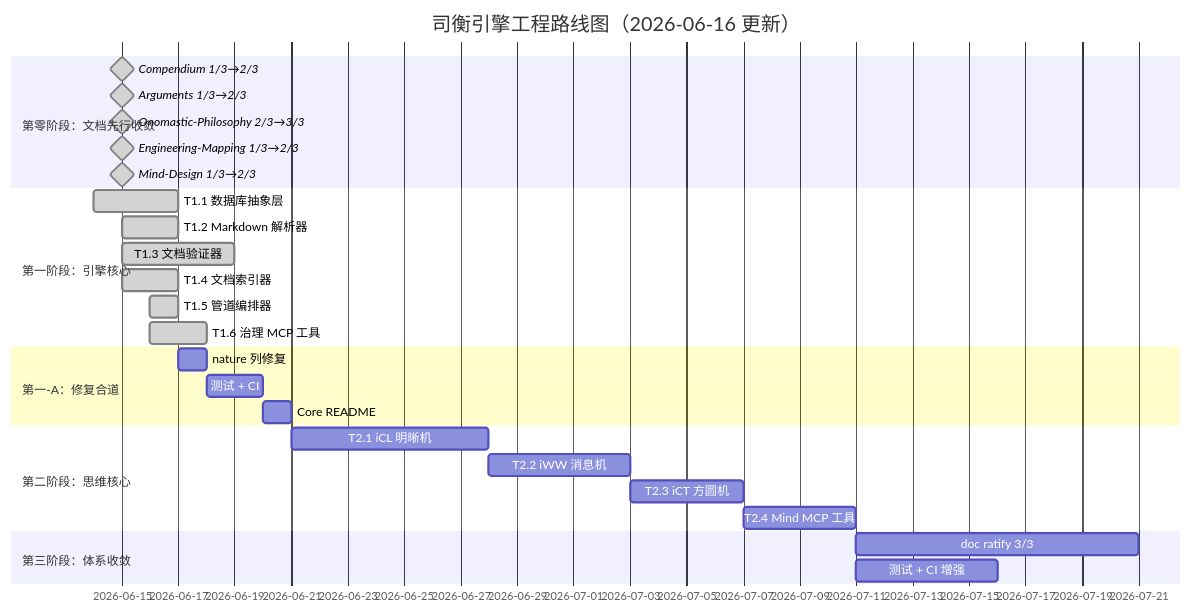
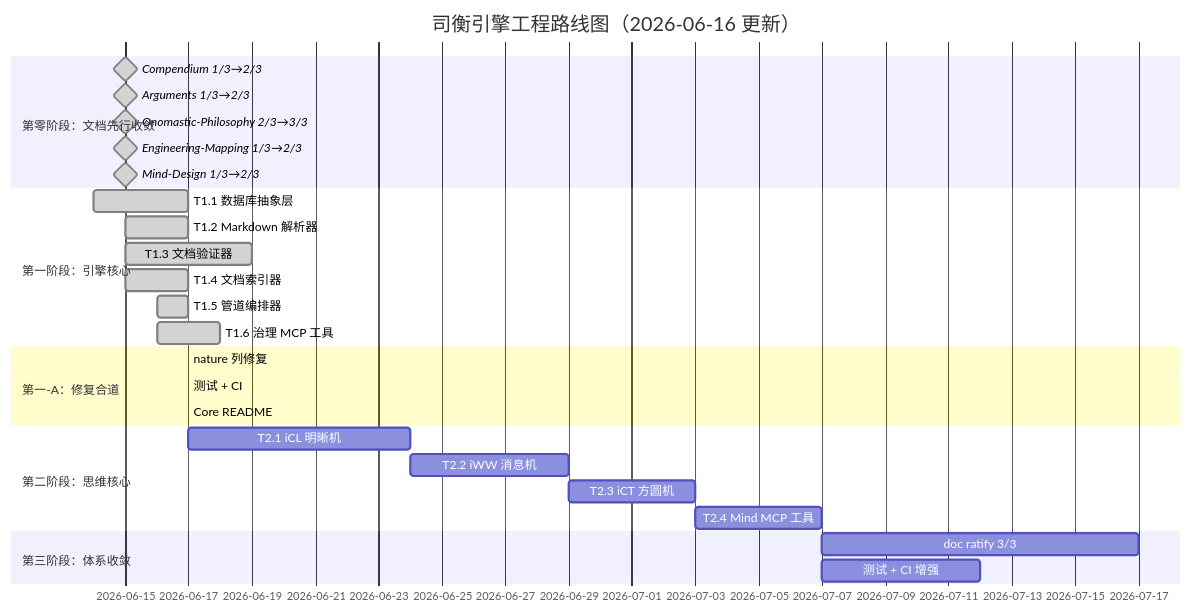
The third of 3 diagrams in docs/specs/engineering/SiHankor-Engine-Roadmap.sih.md (sgmov/sihankor), drawn with Mermaid before and after one commit. The commit also changed other lines of this file, not shown here.

First line of the commit message:
roadmap: 收尾——第一-A 完工 + Phase 2 就绪

````diff
--- a/docs/specs/engineering/SiHankor-Engine-Roadmap.sih.md
+++ b/docs/specs/engineering/SiHankor-Engine-Roadmap.sih.md
@@ -374,30 +376,30 @@
 ```mermaid
 gantt
     title 司衡引擎工程路线图（2026-06-16 更新）
     dateFormat  YYYY-MM-DD
     section 第零阶段：文档先行收敛
     Compendium 1/3→2/3          :milestone, done, d1, 2026-06-15, 0d
     Arguments 1/3→2/3           :milestone, done, d2, 2026-06-15, 0d
     Onomastic-Philosophy 2/3→3/3 :milestone, done, d3, 2026-06-15, 0d
     Engineering-Mapping 1/3→2/3  :milestone, done, d4, 2026-06-15, 0d
     Mind-Design 1/3→2/3         :milestone, done, d5, 2026-06-15, 0d
     section 第一阶段：引擎核心
     T1.1 数据库抽象层           :done, a1, 2026-06-14, 3d
     T1.2 Markdown 解析器         :done, a2, 2026-06-15, 2d
     T1.3 文档验证器              :done, a3, 2026-06-15, 4d
     T1.4 文档索引器              :done, a4, 2026-06-15, 2d
     T1.5 管道编排器              :done, a5, 2026-06-16, 1d
     T1.6 治理 MCP 工具           :done, a6, 2026-06-16, 2d
     section 第一-A：修复合道
-    nature 列修复                :a7, 2026-06-17, 1d
-    测试 + CI                    :a8, after a7, 2d
-    Core README                  :a9, after a8, 1d
+    nature 列修复                :done, a7, 2026-06-17, 0d
+    测试 + CI                    :done, a8, 2026-06-17, 0d
+    Core README                  :done, a9, 2026-06-17, 0d
     section 第二阶段：思维核心
     T2.1 iCL 明晰机              :b1, after a9, 7d
     T2.2 iWW 消息机              :b2, after b1, 5d
     T2.3 iCT 方圆机              :b3, after b2, 4d
     T2.4 Mind MCP 工具           :b4, after b3, 4d
     section 第三阶段：体系收敛
     doc ratify 3/3              :c1, after b4, 10d
     测试 + CI 增强              :c3, after b4, 5d
 ```
````
